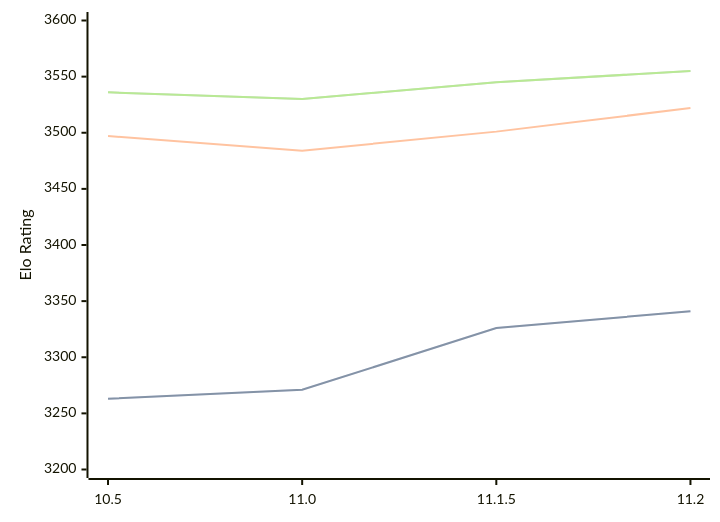
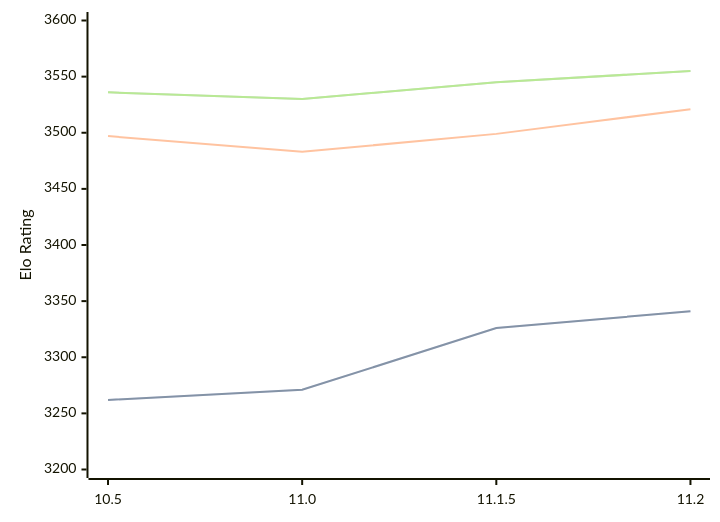
One commit to computer-chess-index/cci changed the diagram in engines/Lizard.md. Above: the diagram before and after it, drawn with Mermaid. The commit also changed other lines of this file, not shown here.

````diff
--- a/engines/Lizard.md
+++ b/engines/Lizard.md
@@ -44,11 +44,11 @@
 ```mermaid
 %%{init: {"theme":"base","themeVariables":{"seriesColors:['#a3a3a3','#222221','#faa371']}}}%%
 xychart-beta
   x-axis ["10.5", "11.0", "11.1.5", "11.2"]
   y-axis "Elo Rating" 3200 --> 3600
-  line "STC (8.0+0.08s)" [3263, 3271, 3326, 3341]
-  line "STC (8.0+0.08s)" [3263, 3271, 3326, 3341]
-  line "LTC (60.0+0.60s)" [3497, 3484, 3501, 3522]
+  line "STC (8.0+0.08s)" [3262, 3271, 3326, 3341]
+  line "STC (8.0+0.08s)" [3262, 3271, 3326, 3341]
+  line "LTC (60.0+0.60s)" [3497, 3483, 3499, 3521]
   line "VLTC (2m24s+1.12s)" [3536, 3530, 3545, 3555]
   line "VLTC (2m24s+1.12s)" [3536, 3530, 3545, 3555]
 ```
````
